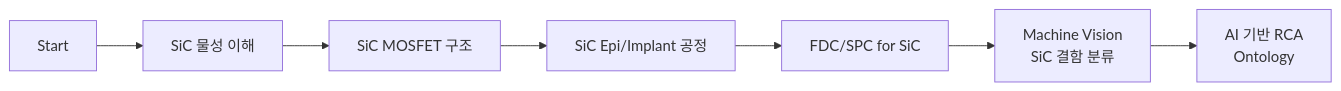
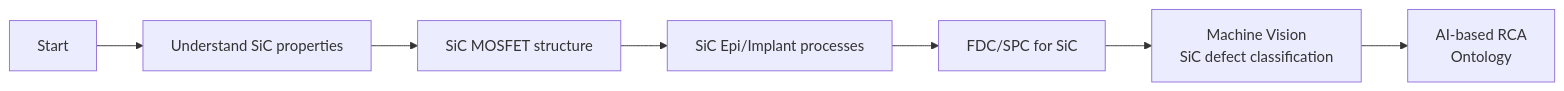
One commit to btjeon/sic-wiki changed the diagram in docs/index.md. Above: the diagram before and after it, drawn with Mermaid. The commit also changed other lines of this file and 6 other files, not shown here.

````diff
--- a/docs/index.md
+++ b/docs/index.md
@@ -77,9 +77,9 @@
 ```mermaid
 flowchart LR
-    A[Start] --> B[SiC 물성 이해]
-    B --> C[SiC MOSFET 구조]
-    C --> D[SiC Epi/Implant 공정]
+    A[Start] --> B[Understand SiC properties]
+    B --> C[SiC MOSFET structure]
+    C --> D[SiC Epi/Implant processes]
     D --> E[FDC/SPC for SiC]
-    E --> F["Machine Vision<br/>SiC 결함 분류"]
-    F --> G["AI 기반 RCA<br/>Ontology"]
+    E --> F["Machine Vision<br/>SiC defect classification"]
+    F --> G["AI-based RCA<br/>Ontology"]
 ```
````
